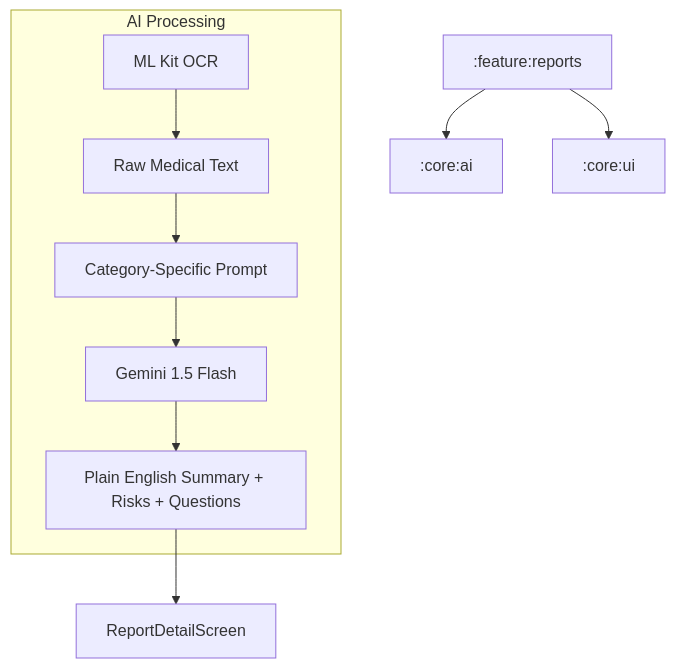
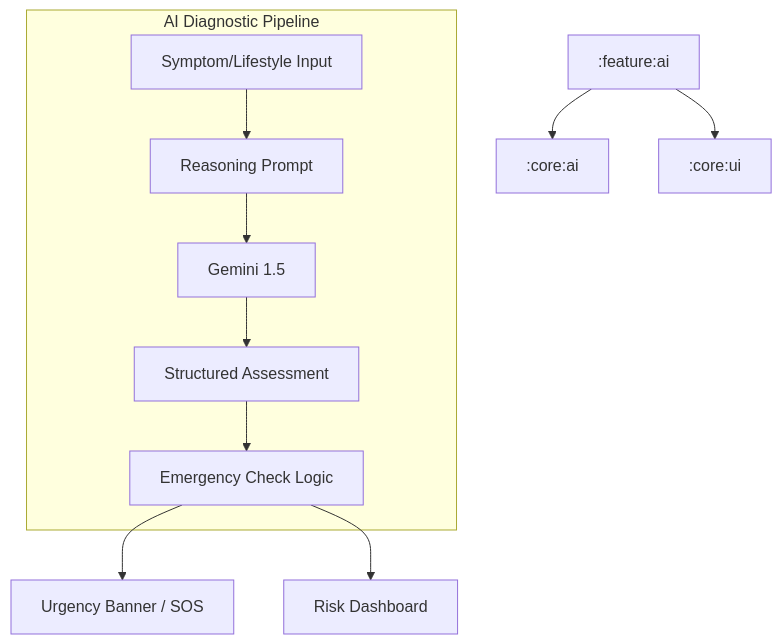
Before and after one commit to KotlinFiroj/Ai-HealthCare-App: the diagram in .artifacts/4dc8775b-7ddf-49a0-b4e6-8fda79cbdfec/implementation_plan.artifact.md, drawn with Mermaid. The commit also changed other lines of this file and 21 other files, not shown here.

Commit message:
Implement Phase 14: AI Symptom Checker and Risk Prediction with UI components, repository, use cases, and navigation setup

````diff
--- a/.artifacts/4dc8775b-7ddf-49a0-b4e6-8fda79cbdfec/implementation_plan.artifact.md
+++ b/.artifacts/4dc8775b-7ddf-49a0-b4e6-8fda79cbdfec/implementation_plan.artifact.md
@@ -49,14 +50,15 @@
 ```mermaid
 graph TD
-    F_Reports[:feature:reports] --> C_AI[:core:ai]
-    F_Reports --> C_UI[:core:ui]
+    F_AI[:feature:ai] --> C_AI[:core:ai]
+    F_AI --> C_UI[:core:ui]
 
-    subgraph AI Processing
-        OCR[ML Kit OCR] --> RawText[Raw Medical Text]
-        RawText --> Prompt[Category-Specific Prompt]
-        Prompt --> Gemini[Gemini 1.5 Flash]
-        Gemini --> Analysis[Plain English Summary + Risks + Questions]
+    subgraph AI Diagnostic Pipeline
+        Input[Symptom/Lifestyle Input] --> Prompt[Reasoning Prompt]
+        Prompt --> Gemini[Gemini 1.5]
+        Gemini --> StructuredJSON[Structured Assessment]
+        StructuredJSON --> Logic[Emergency Check Logic]
     end
 
-    Analysis --> UI[ReportDetailScreen]
+    Logic --> Banner[Urgency Banner / SOS]
+    Logic --> Dashboard[Risk Dashboard]
 ```
````
